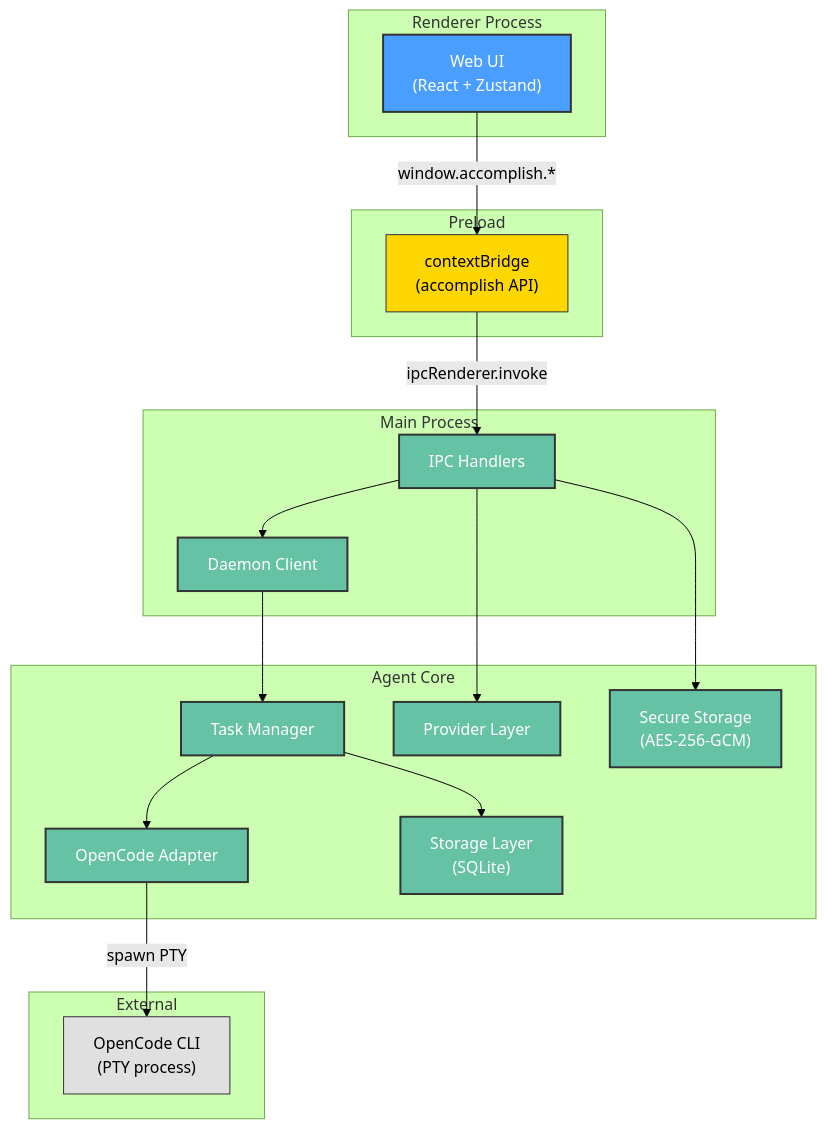
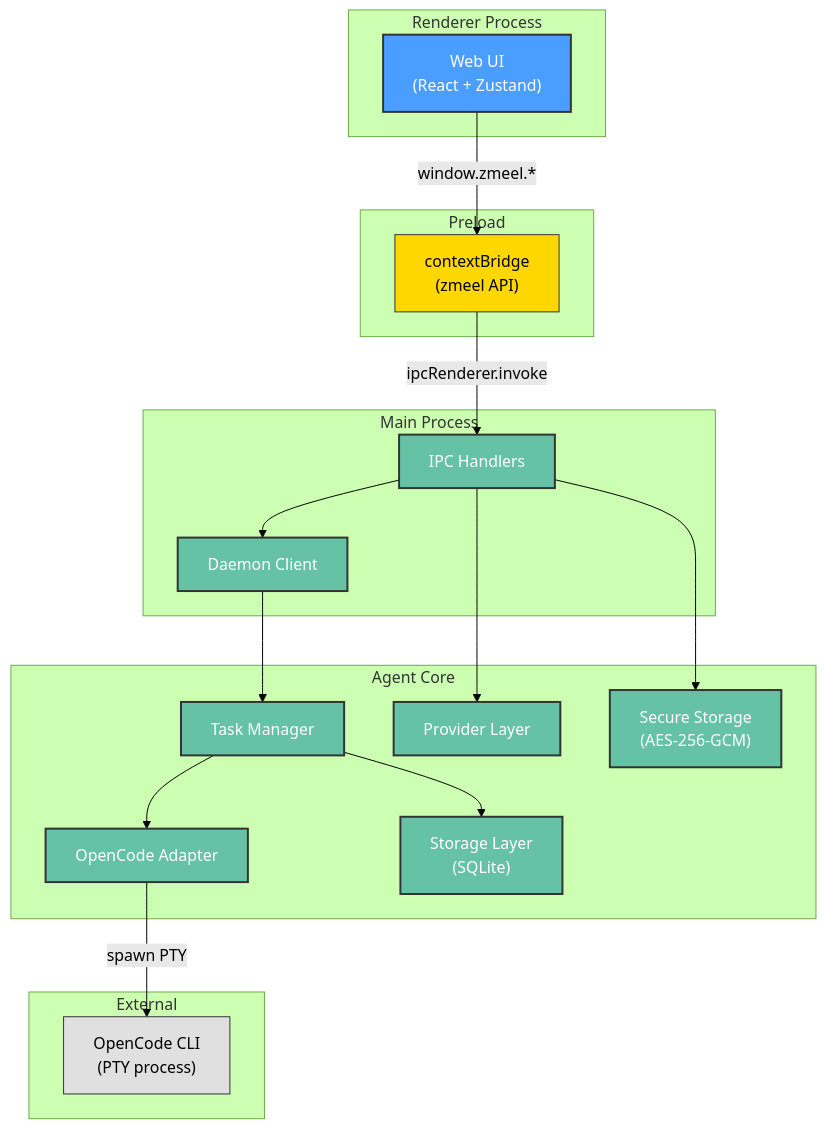
The second of 5 diagrams in AD.md (samskipsai/zmeelv60), drawn with Mermaid (forest theme) before and after one commit. The commit also changed other lines of this file and 520 other files, not shown here.

First line of the commit message:
rebrand: Accomplish -> Zmeel Desktop

````diff
--- a/AD.md
+++ b/AD.md
@@ -150,47 +150,47 @@
 ```mermaid
 graph TD
     subgraph "Renderer Process"
         WebUI["Web UI<br/>(React + Zustand)"]
     end
 
     subgraph "Preload"
-        Bridge["contextBridge<br/>(accomplish API)"]
+        Bridge["contextBridge<br/>(zmeel API)"]
     end
 
     subgraph "Main Process"
         IPC["IPC Handlers"]
         DaemonClient["Daemon Client"]
     end
 
     subgraph "Agent Core"
         TaskMgr["Task Manager"]
         Adapter["OpenCode Adapter"]
         Providers["Provider Layer"]
         Storage["Storage Layer<br/>(SQLite)"]
         SecureStore["Secure Storage<br/>(AES-256-GCM)"]
     end
 
     subgraph "External"
         OpenCode["OpenCode CLI<br/>(PTY process)"]
     end
 
-    WebUI -->|"window.accomplish.*"| Bridge
+    WebUI -->|"window.zmeel.*"| Bridge
     Bridge -->|"ipcRenderer.invoke"| IPC
     IPC --> DaemonClient
     DaemonClient --> TaskMgr
     TaskMgr --> Adapter
     Adapter -->|"spawn PTY"| OpenCode
     TaskMgr --> Storage
     IPC --> Providers
     IPC --> SecureStore
 
     classDef uiNode fill:#4a9eff,stroke:#333,stroke-width:2px,color:#fff
     classDef coreNode fill:#66c2a5,stroke:#333,stroke-width:2px,color:#fff
     classDef extNode fill:#e0e0e0,stroke:#333,stroke-width:1px
     classDef bridgeNode fill:#ffd700,stroke:#333,stroke-width:1px
 
     class WebUI uiNode
     class Bridge bridgeNode
     class IPC,DaemonClient,TaskMgr,Adapter,Providers,Storage,SecureStore coreNode
     class OpenCode extNode
 ```
````
